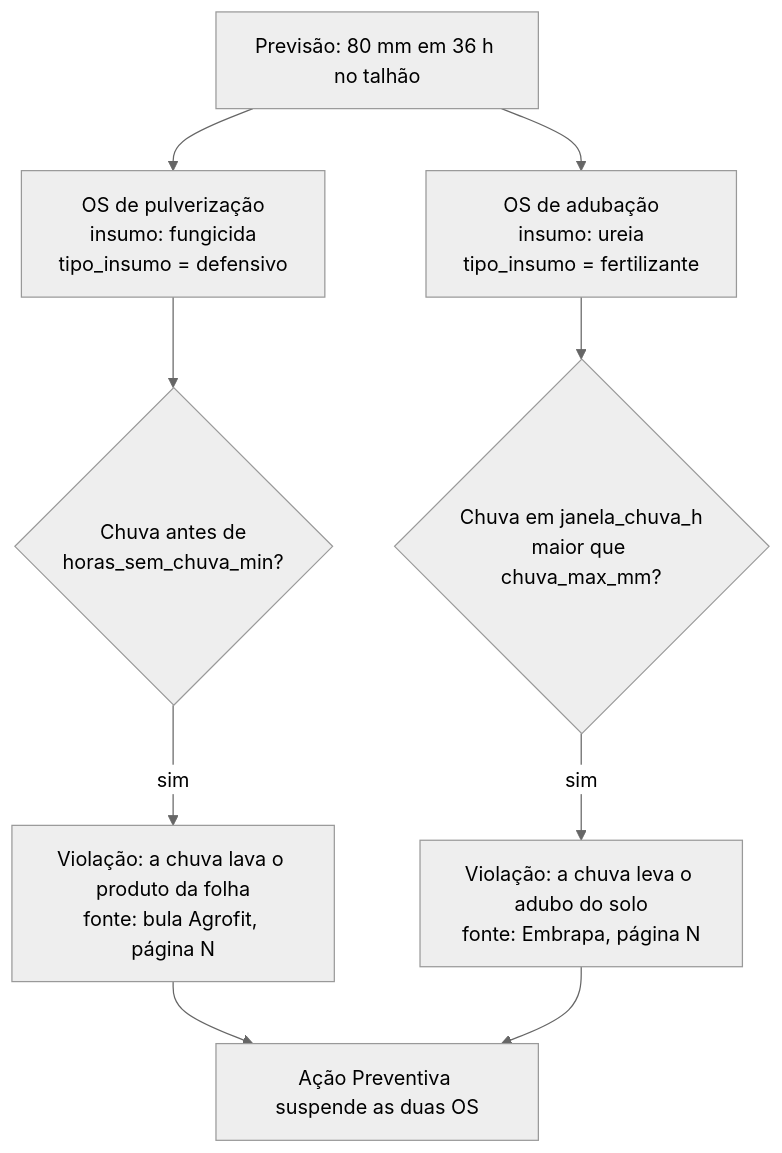
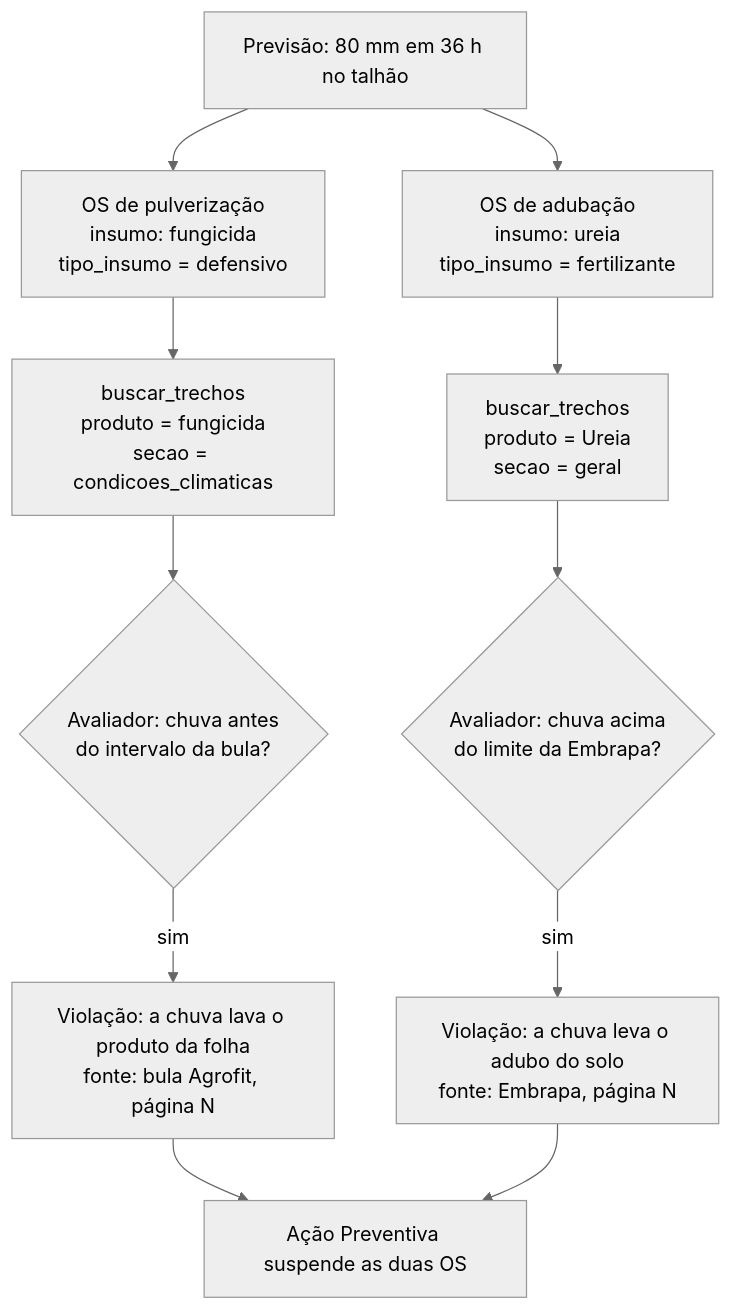
Before and after one commit to EdisonCintra/terra-mind: the first of 5 diagrams in docs/plans/2026-10-28-conhecimento-e-clima.md, drawn with Mermaid (neutral theme). The commit also changed other lines of this file and 2 other files, not shown here.

````diff
--- a/docs/plans/2026-10-28-conhecimento-e-clima.md
+++ b/docs/plans/2026-10-28-conhecimento-e-clima.md
@@ -60,9 +65,11 @@
 ```mermaid
 flowchart TD
     C[Previsão: 80 mm em 36 h no talhão] --> OS1 & OS2
-    OS1[OS de pulverização<br/>insumo: fungicida<br/>tipo_insumo = defensivo] --> R1{Chuva antes de<br/>horas_sem_chuva_min?}
-    OS2[OS de adubação<br/>insumo: ureia<br/>tipo_insumo = fertilizante] --> R2{Chuva em janela_chuva_h<br/>maior que chuva_max_mm?}
+    OS1[OS de pulverização<br/>insumo: fungicida<br/>tipo_insumo = defensivo] --> B1[buscar_trechos<br/>produto = fungicida<br/>secao = condicoes_climaticas]
+    OS2[OS de adubação<br/>insumo: ureia<br/>tipo_insumo = fertilizante] --> B2[buscar_trechos<br/>produto = Ureia<br/>secao = geral]
+    B1 --> R1{Avaliador: chuva antes<br/>do intervalo da bula?}
+    B2 --> R2{Avaliador: chuva acima<br/>do limite da Embrapa?}
     R1 -- sim --> V1[Violação: a chuva lava o produto da folha<br/>fonte: bula Agrofit, página N]
     R2 -- sim --> V2[Violação: a chuva leva o adubo do solo<br/>fonte: Embrapa, página N]
     V1 & V2 --> S[Ação Preventiva suspende as duas OS]
 ```
````
